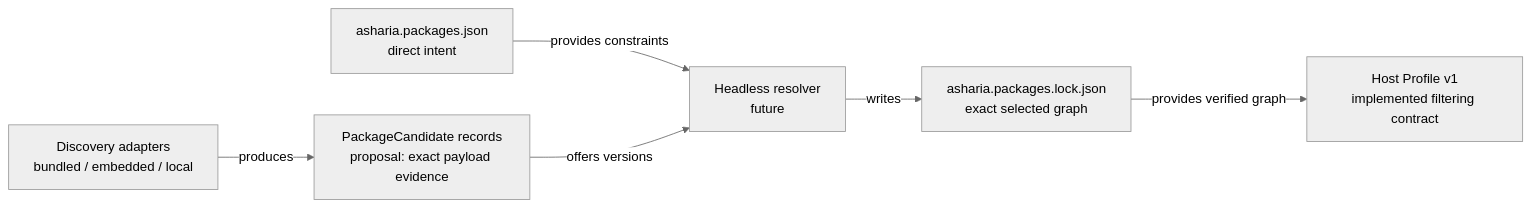
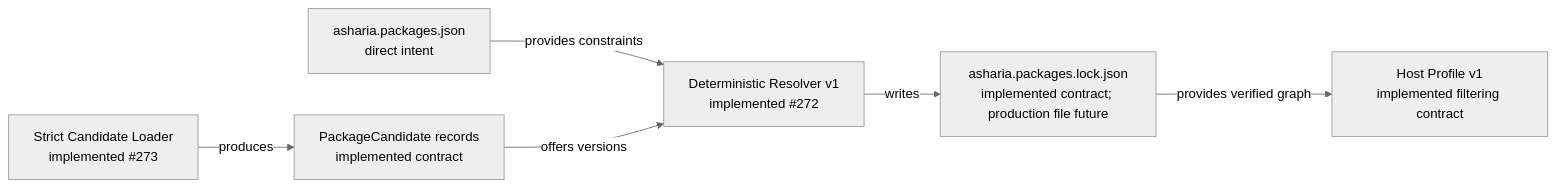
One commit to 66six11/Engine changed the diagram in docs/architecture/adr-package-candidate-lockfile-v1.md. Above: the diagram before and after it, drawn with Mermaid (neutral theme). The commit also changed other lines of this file and 14 other files, not shown here.

````diff
--- a/docs/architecture/adr-package-candidate-lockfile-v1.md
+++ b/docs/architecture/adr-package-candidate-lockfile-v1.md
@@ -42,15 +43,15 @@
 ```mermaid
 flowchart LR
     Project["asharia.packages.json\ndirect intent"]
-    Discovery["Discovery adapters\nbundled / embedded / local"]
-    Candidate["PackageCandidate records\nproposal: exact payload evidence"]
-    Resolver["Headless resolver\nfuture"]
-    Lock["asharia.packages.lock.json\nexact selected graph"]
+    Discovery["Strict Candidate Loader\nimplemented #273"]
+    Candidate["PackageCandidate records\nimplemented contract"]
+    Resolver["Deterministic Resolver v1\nimplemented #272"]
+    Lock["asharia.packages.lock.json\nimplemented contract; production file future"]
     Profile["Host Profile v1\nimplemented filtering contract"]
 
     Project -->|"provides constraints"| Resolver
     Discovery -->|"produces"| Candidate
     Candidate -->|"offers versions"| Resolver
     Resolver -->|"writes"| Lock
     Lock -->|"provides verified graph"| Profile
 ```
````
